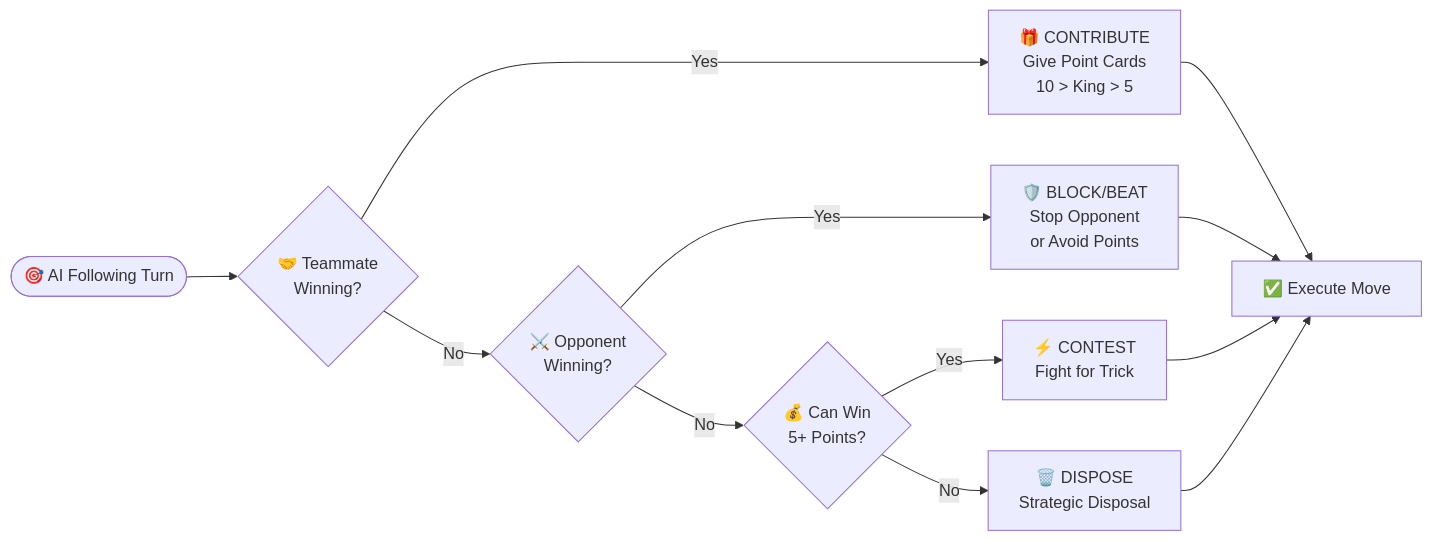
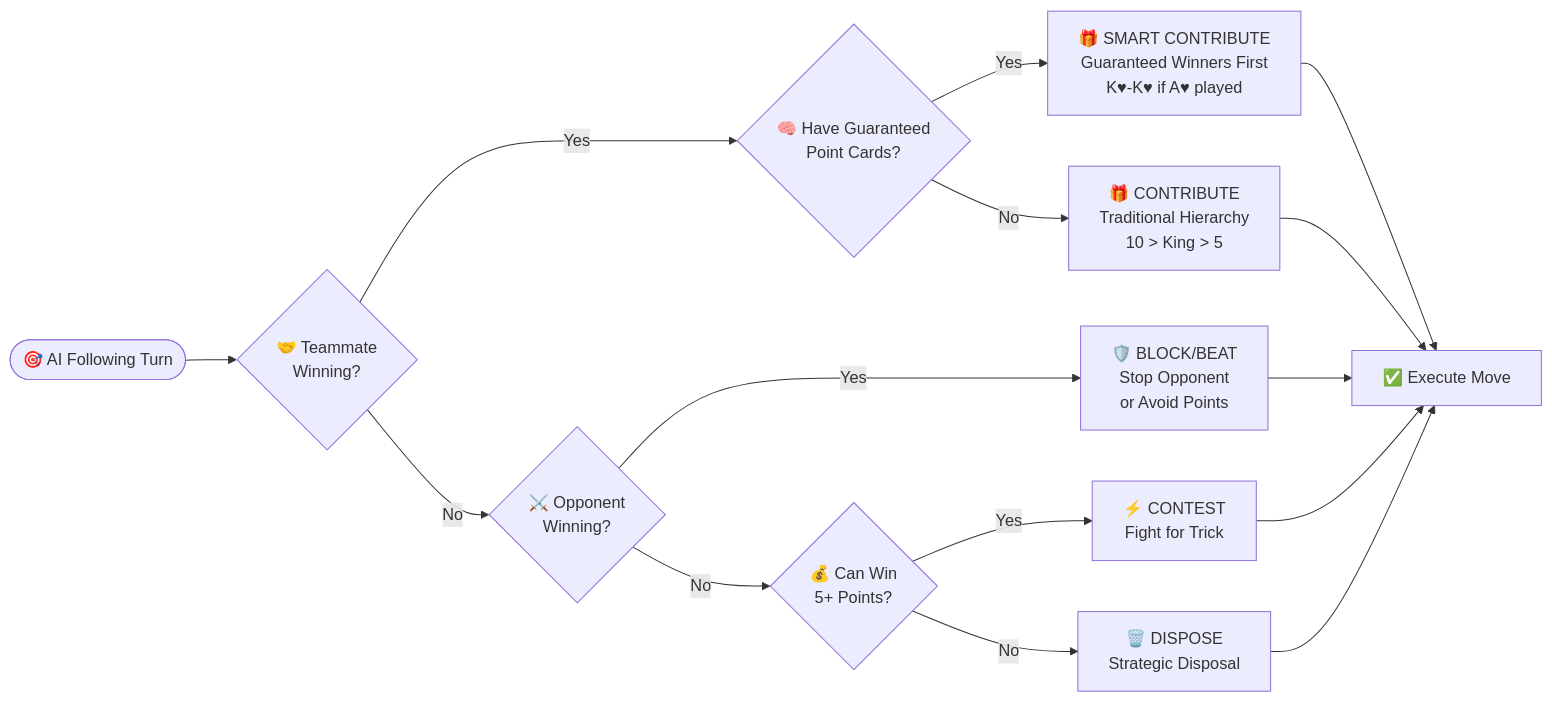
One commit to ejfn/Tractor changed the sixth of 7 diagrams in docs/AI_DECISION_TREE.md. Above: the diagram before and after it, drawn with Mermaid. The commit also changed other lines of this file and 15 other files, not shown here.

````diff
--- a/docs/AI_DECISION_TREE.md
+++ b/docs/AI_DECISION_TREE.md
@@ -61,15 +115,18 @@
 ```mermaid
 flowchart LR
     Start([🎯 AI Following Turn]) --> P1{🤝 Teammate<br/>Winning?}
-    P1 -->|Yes| Contribute[🎁 CONTRIBUTE<br/>Give Point Cards<br/>10 > King > 5]
+    P1 -->|Yes| Memory{🧠 Have Guaranteed<br/>Point Cards?}
+    Memory -->|Yes| SmartContribute[🎁 SMART CONTRIBUTE<br/>Guaranteed Winners First<br/>K♥-K♥ if A♥ played]
+    Memory -->|No| Contribute[🎁 CONTRIBUTE<br/>Traditional Hierarchy<br/>10 > King > 5]
     P1 -->|No| P2{⚔️ Opponent<br/>Winning?}
     P2 -->|Yes| Block[🛡️ BLOCK/BEAT<br/>Stop Opponent<br/>or Avoid Points]
     P2 -->|No| P3{💰 Can Win<br/>5+ Points?}
     P3 -->|Yes| Contest[⚡ CONTEST<br/>Fight for Trick]
     P3 -->|No| Dispose[🗑️ DISPOSE<br/>Strategic Disposal]
     
-    Contribute --> Return[✅ Execute Move]
+    SmartContribute --> Return[✅ Execute Move]
+    Contribute --> Return
     Block --> Return
     Contest --> Return
     Dispose --> Return
 ```
````
